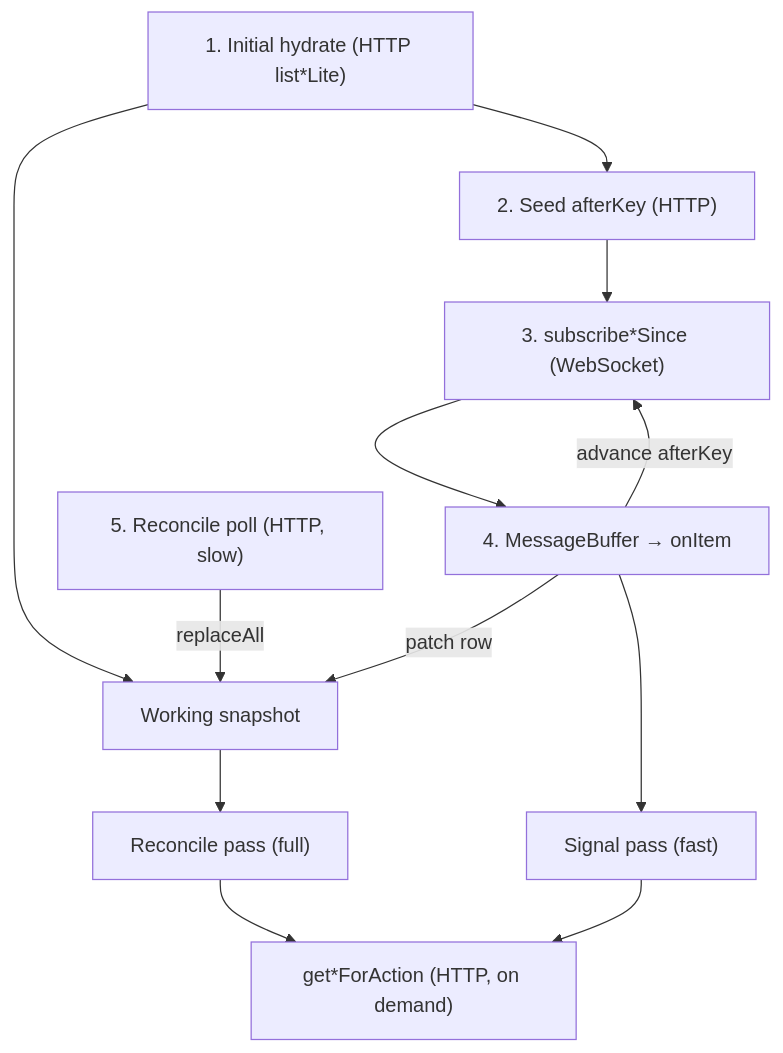
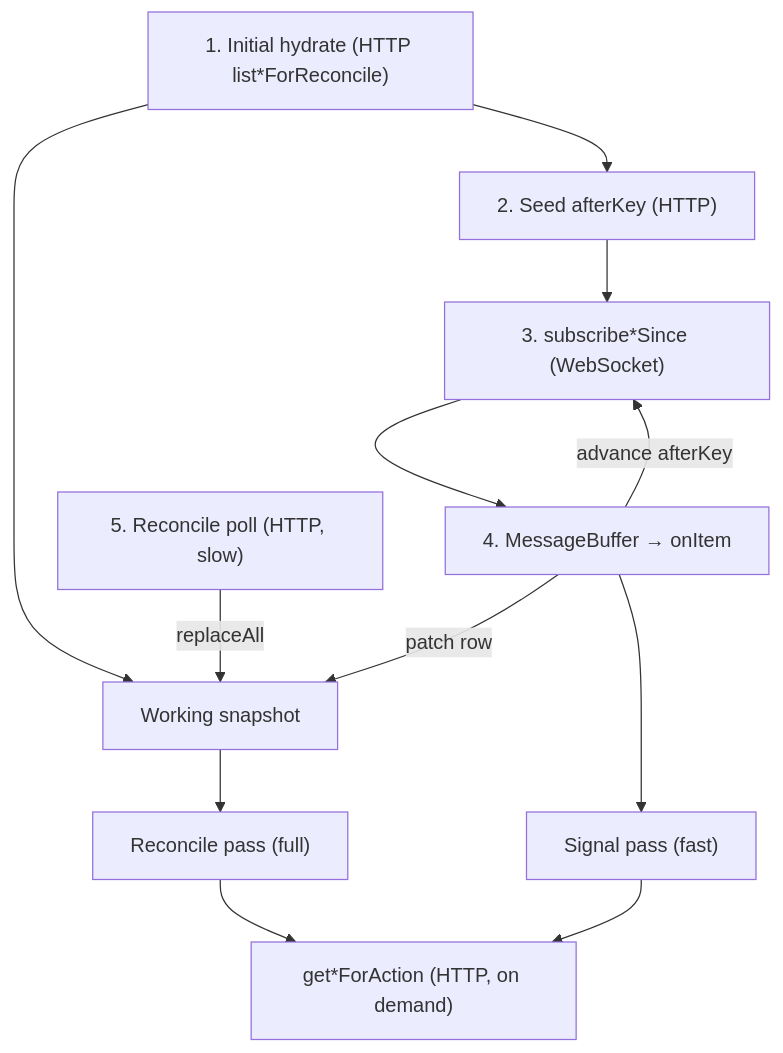
One commit to conradkoh/chatroom changed the diagram in docs/developer/application/convex-daemon-incremental-sync.md. Above: the diagram before and after it, drawn with Mermaid. The commit also changed other lines of this file and 13 other files, not shown here.

First line of the commit message:
refactor(daemon): rename lite APIs to reconcile snapshot terminology

````diff
--- a/docs/developer/application/convex-daemon-incremental-sync.md
+++ b/docs/developer/application/convex-daemon-incremental-sync.md
@@ -57,14 +76,14 @@
 ```mermaid
 flowchart TD
-    H["1. Initial hydrate (HTTP list*Lite)"] --> SNAP["Working snapshot"]
+    H["1. Initial hydrate (HTTP list*ForReconcile)"] --> SNAP["Working snapshot"]
     H --> S["2. Seed afterKey (HTTP)"]
     S --> SUB["3. subscribe*Since (WebSocket)"]
     SUB --> BUF["4. MessageBuffer → onItem"]
     BUF -->|"patch row"| SNAP
     BUF --> SIG["Signal pass (fast)"]
     R["5. Reconcile poll (HTTP, slow)"] -->|"replaceAll"| SNAP
     SNAP --> REC["Reconcile pass (full)"]
     SIG --> ACT["get*ForAction (HTTP, on demand)"]
     REC --> ACT
     BUF -->|"advance afterKey"| SUB
 ```
````
